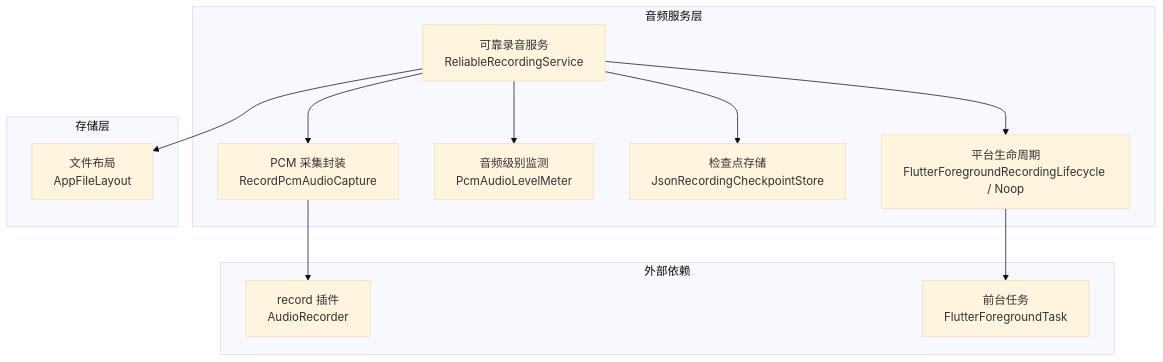
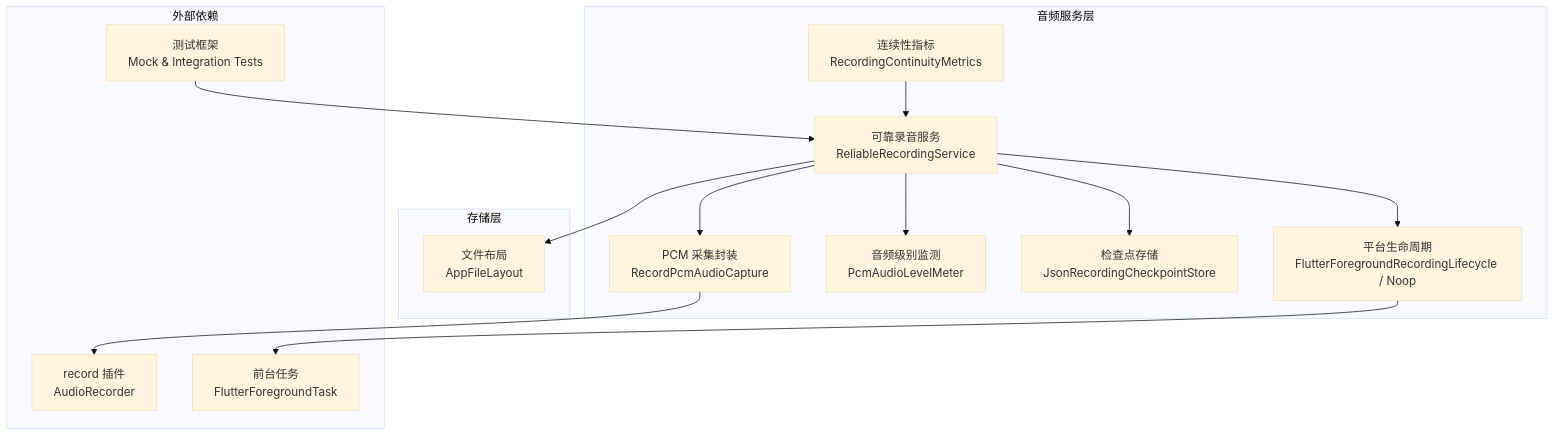
The first of 10 diagrams in .qoder/repowiki/zh/content/核心功能模块/音频录制系统.md (zhangheng2022/meet_trace), drawn with Mermaid (base theme) before and after one commit. The commit also changed other lines of this file and 111 other files, not shown here.

````diff
--- a/.qoder/repowiki/zh/content/核心功能模块/音频录制系统.md
+++ b/.qoder/repowiki/zh/content/核心功能模块/音频录制系统.md
@@ -41,24 +53,28 @@
 ```mermaid
 graph TB
 subgraph "音频服务层"
 RRS["可靠录音服务<br/>ReliableRecordingService"]
 CAP["PCM 采集封装<br/>RecordPcmAudioCapture"]
 MTR["音频级别监测<br/>PcmAudioLevelMeter"]
 CKP["检查点存储<br/>JsonRecordingCheckpointStore"]
 LIF["平台生命周期<br/>FlutterForegroundRecordingLifecycle / Noop"]
+METRICS["连续性指标<br/>RecordingContinuityMetrics"]
 end
 subgraph "存储层"
 LYT["文件布局<br/>AppFileLayout"]
 end
 subgraph "外部依赖"
 REC["record 插件<br/>AudioRecorder"]
 FGT["前台任务<br/>FlutterForegroundTask"]
+TEST["测试框架<br/>Mock & Integration Tests"]
 end
 RRS --> CAP
 RRS --> MTR
 RRS --> CKP
 RRS --> LIF
 RRS --> LYT
 CAP --> REC
 LIF --> FGT
+METRICS --> RRS
+TEST --> RRS
 ```
````
